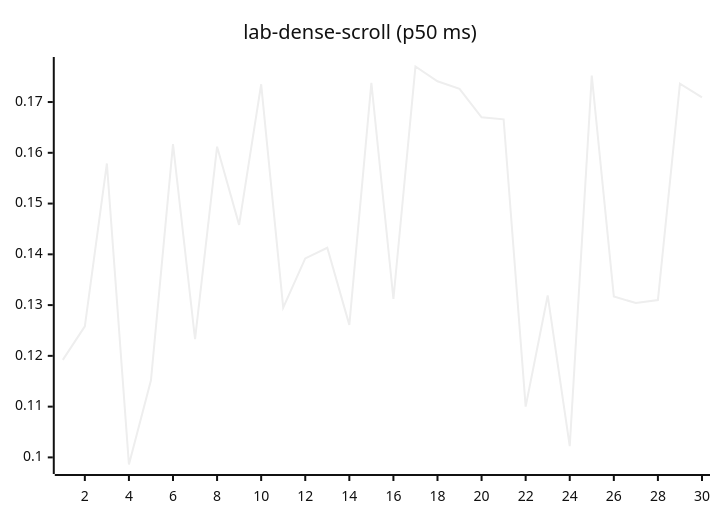
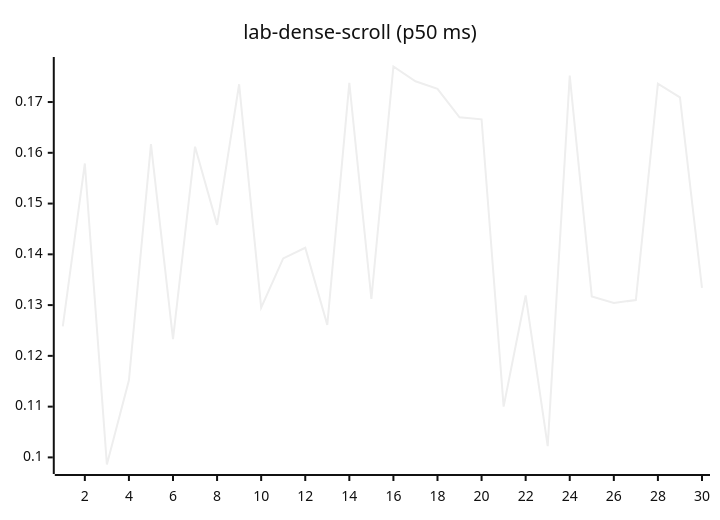
Diagram 12 of 27 in README.md (josha/Facet), drawn with Mermaid (neutral theme) before and after one commit. The commit also changed other lines of this file and 2 other files, not shown here.

````diff
--- a/README.md
+++ b/README.md
@@ -140,6 +140,6 @@
 ```mermaid
 xychart-beta
     title "lab-dense-scroll (p50 ms)"
     x-axis 1 --> 30
-    line [0.1192, 0.1258, 0.1579, 0.0986, 0.1152, 0.1617, 0.1233, 0.1612, 0.1458, 0.1735, 0.1295, 0.1392, 0.1413, 0.1261, 0.1738, 0.1312, 0.1770, 0.1741, 0.1726, 0.1670, 0.1666, 0.1100, 0.1319, 0.1022, 0.1752, 0.1317, 0.1304, 0.1310, 0.1736, 0.1709]
+    line [0.1258, 0.1579, 0.0986, 0.1152, 0.1617, 0.1233, 0.1612, 0.1458, 0.1735, 0.1295, 0.1392, 0.1413, 0.1261, 0.1738, 0.1312, 0.1770, 0.1741, 0.1726, 0.1670, 0.1666, 0.1100, 0.1319, 0.1022, 0.1752, 0.1317, 0.1304, 0.1310, 0.1736, 0.1709, 0.1334]
 ```
````
